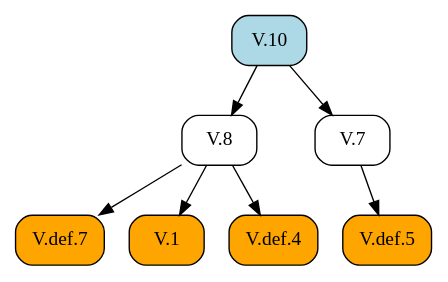
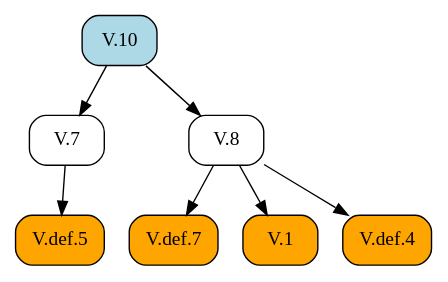
One commit to geometor/elements changed the diagram in docsrc/heath/V/10/index.rst. Above: the diagram before and after it, drawn with Graphviz. The commit also changed other lines of this file and 484 other files, not shown here.

```diff
--- a/docsrc/heath/V/10/index.rst
+++ b/docsrc/heath/V/10/index.rst
@@ -80,19 +80,19 @@
 .. graphviz::
 
    digraph {
      rankdir="TB";
      node [shape=box, style=rounded];
-     "V.def.5" [style="rounded,filled", fillcolor=orange, URL="/heath/V/def.5/", target="_top"];
-     "V.8" [URL="/heath/V/8/", target="_top"];
-     "V.def.7" [style="rounded,filled", fillcolor=orange, URL="/heath/V/def.7/", target="_top"];
      "V.7" [URL="/heath/V/7/", target="_top"];
      "V.10" [style="rounded,filled", fillcolor=lightblue, URL="/heath/V/10/", target="_top"];
+     "V.def.7" [style="rounded,filled", fillcolor=orange, URL="/heath/V/def.7/", target="_top"];
      "V.1" [style="rounded,filled", fillcolor=orange, URL="/heath/V/1/", target="_top"];
+     "V.def.5" [style="rounded,filled", fillcolor=orange, URL="/heath/V/def.5/", target="_top"];
      "V.def.4" [style="rounded,filled", fillcolor=orange, URL="/heath/V/def.4/", target="_top"];
+     "V.8" [URL="/heath/V/8/", target="_top"];
+     "V.10" -> "V.7";
+     "V.8" -> "V.def.7";
+     "V.8" -> "V.1";
      "V.7" -> "V.def.5";
+     "V.8" -> "V.def.4";
      "V.10" -> "V.8";
-     "V.8" -> "V.def.7";
-     "V.10" -> "V.7";
-     "V.8" -> "V.1";
-     "V.8" -> "V.def.4";
    }
```
